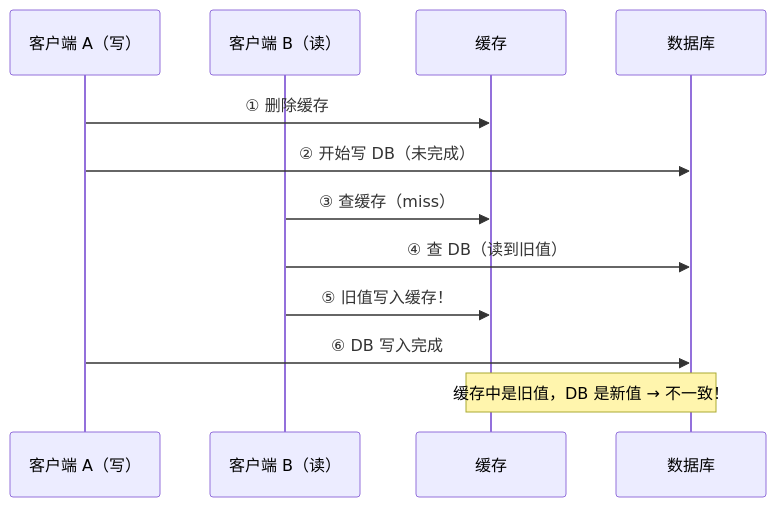
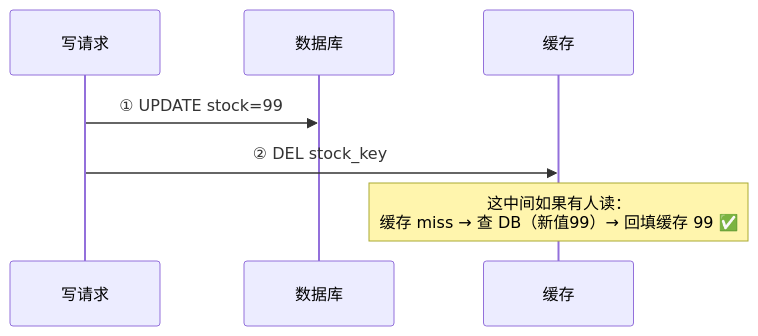
Before and after one commit to guozy502/my-tech-blog: the first of 4 diagrams in content/posts/分布式/缓存一致性——数据库与缓存的最终一致性方案对比.md, drawn with Mermaid. The commit also changed other lines of this file and 52 other files, not shown here.

````diff
--- a/content/posts/分布式/缓存一致性——数据库与缓存的最终一致性方案对比.md
+++ b/content/posts/分布式/缓存一致性——数据库与缓存的最终一致性方案对比.md
@@ -45,18 +44,11 @@
 ```mermaid
 sequenceDiagram
-    participant C1 as 客户端 A（写）
-    participant C2 as 客户端 B（读）
+    participant C1 as 写请求
+    participant DB as 数据库
     participant Cache as 缓存
-    participant DB as 数据库
     
-    C1->>Cache: ① 删除缓存
-    C1->>DB: ② 开始写 DB（未完成）
+    C1->>DB: ① UPDATE stock=99
+    C1->>Cache: ② DEL stock_key
     
-    C2->>Cache: ③ 查缓存（miss）
-    C2->>DB: ④ 查 DB（读到旧值）
-    C2->>Cache: ⑤ 旧值写入缓存！
-    
-    C1->>DB: ⑥ DB 写入完成
-    
-    Note over Cache,DB: 缓存中是旧值，DB 是新值 → 不一致！
+    Note over Cache: 这中间如果有人读：<br/>缓存 miss → 查 DB（新值99）→ 回填缓存 99 ✅
 ```
````
